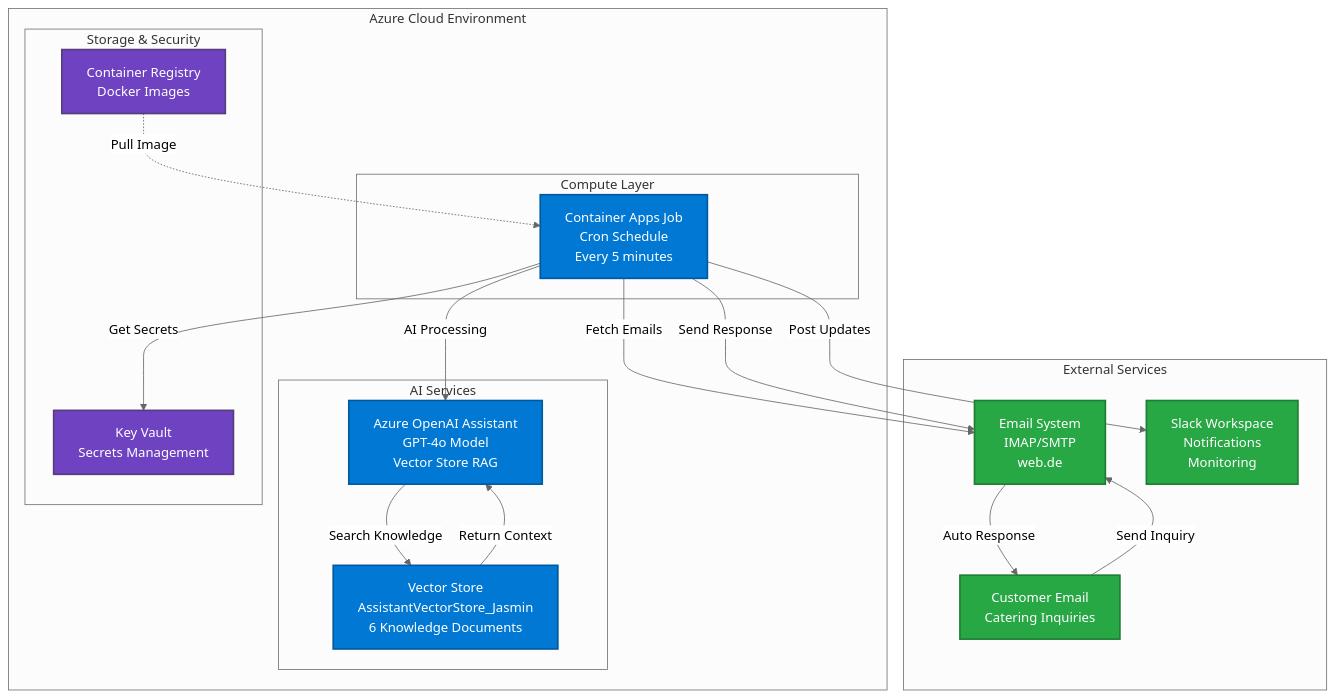
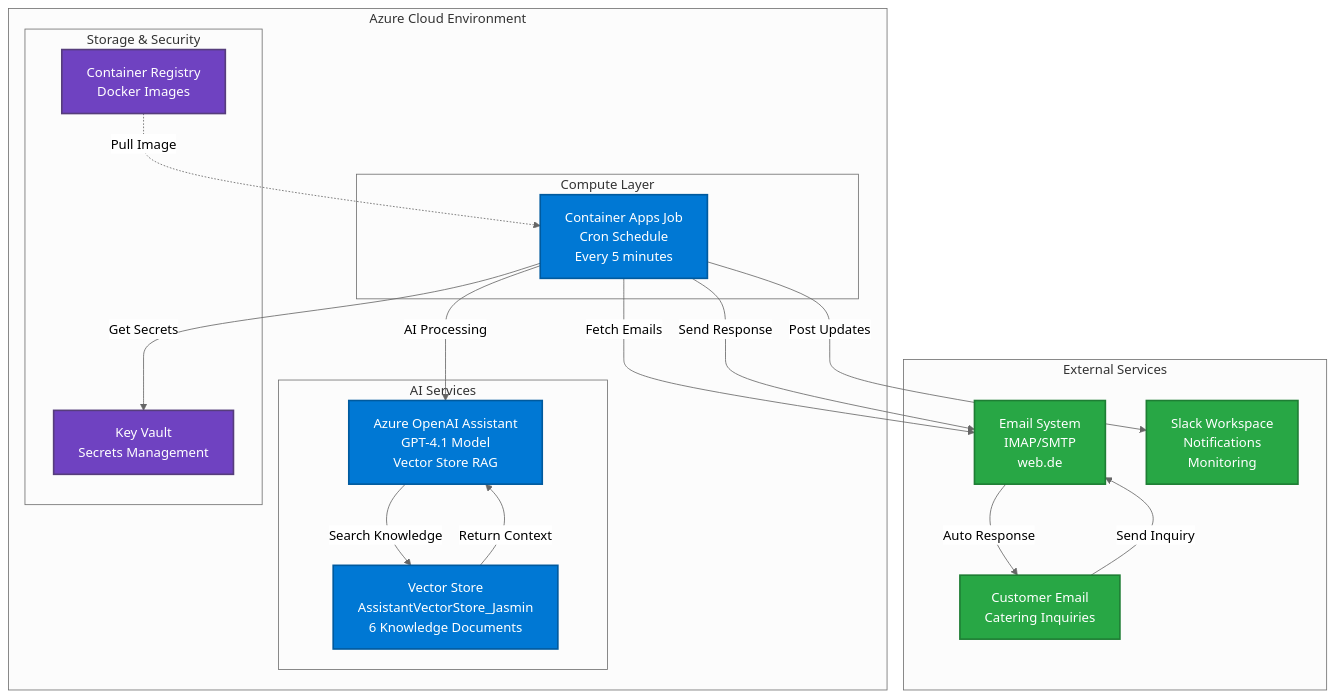
Before and after one commit to ma3u/jasmin-catering-ai-agent: the first of 5 diagrams in README.md, drawn with Mermaid (neutral theme). The commit also changed other lines of this file and 35 other files, not shown here.

First line of the commit message:
refactor: Complete project restructure with comprehensive diagrams

````diff
--- a/README.md
+++ b/README.md
@@ -7,47 +11,47 @@
 ```mermaid
 graph TB
     subgraph "Azure Cloud Environment"
         subgraph "Compute Layer"
             CJ[Container Apps Job<br/>Cron Schedule<br/>Every 5 minutes]
         end
         
         subgraph "AI Services"
-            AOI[Azure OpenAI Assistant<br/>GPT-4o Model<br/>Vector Store RAG]
+            AOI[Azure OpenAI Assistant<br/>GPT-4.1 Model<br/>Vector Store RAG]
             VS[Vector Store<br/>AssistantVectorStore_Jasmin<br/>6 Knowledge Documents]
         end
         
         subgraph "Storage & Security"
             KV[Key Vault<br/>Secrets Management]
             ACR[Container Registry<br/>Docker Images]
         end
     end
     
     subgraph "External Services"
         EMAIL[Email System<br/>IMAP/SMTP<br/>web.de]
         SLACK[Slack Workspace<br/>Notifications<br/>Monitoring]
         CUSTOMER[Customer Email<br/>Catering Inquiries]
     end
     
     %% Workflow Connections
     CJ -->|Fetch Emails| EMAIL
     CJ -->|AI Processing| AOI
     AOI -->|Search Knowledge| VS
     VS -->|Return Context| AOI
     CJ -->|Get Secrets| KV
     CJ -->|Send Response| EMAIL
     CJ -->|Post Updates| SLACK
     CUSTOMER -->|Send Inquiry| EMAIL
     EMAIL -->|Auto Response| CUSTOMER
     
     %% Deployment Connections
     ACR -.->|Pull Image| CJ
     
     %% Styling
     classDef azure fill:#0078d4,stroke:#005a9e,stroke-width:2px,color:#fff
     classDef external fill:#28a745,stroke:#1e7e34,stroke-width:2px,color:#fff
     classDef storage fill:#6f42c1,stroke:#563d7c,stroke-width:2px,color:#fff
     
     class CJ,AOI,VS azure
     class EMAIL,SLACK,CUSTOMER external
     class KV,ACR storage
 ```
````
